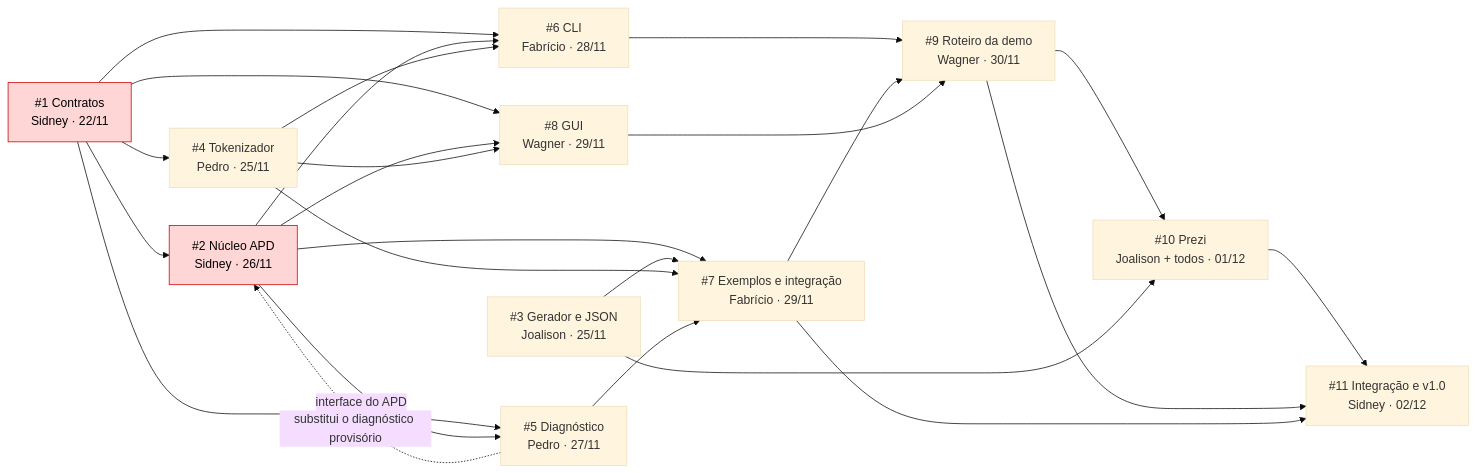
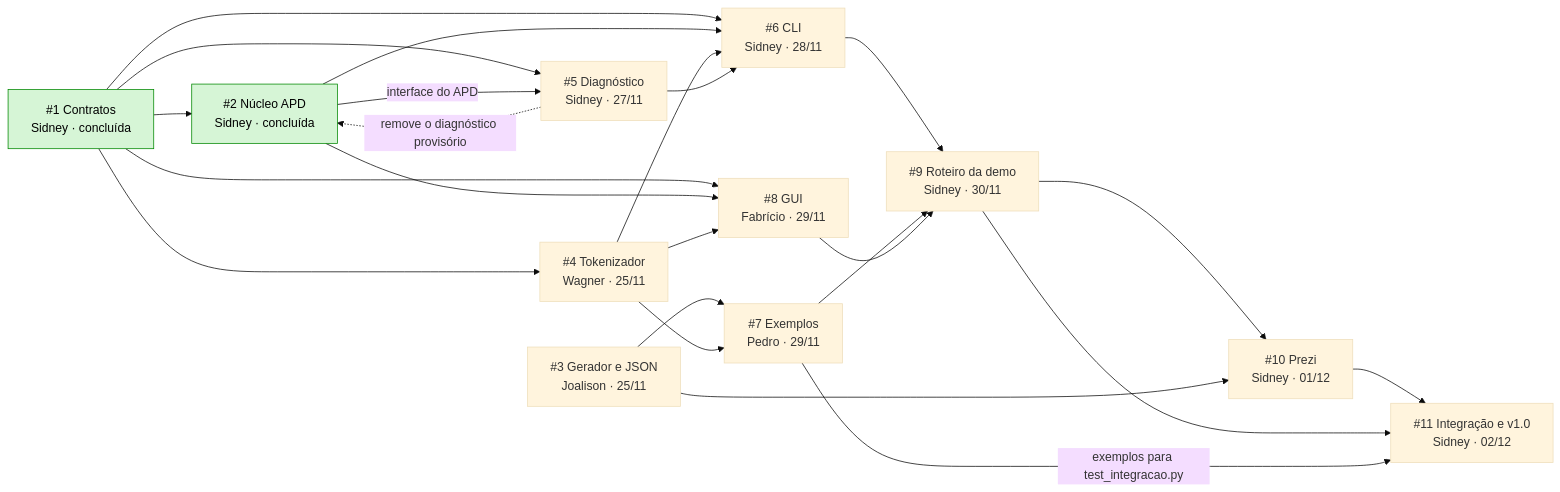
The diagram in docs/TAREFAS.md (SidneyCirinoSF/apd-validador), drawn with Mermaid (base theme) before and after one commit. The commit also changed other lines of this file and 2 other files, not shown here.

````diff
--- a/docs/TAREFAS.md
+++ b/docs/TAREFAS.md
@@ -46,41 +54,40 @@
 ```mermaid
 graph LR
-    I1["#1 Contratos<br/>Sidney · 22/11"]
-    I2["#2 Núcleo APD<br/>Sidney · 26/11"]
+    I1["#1 Contratos<br/>Sidney · concluída"]
+    I2["#2 Núcleo APD<br/>Sidney · concluída"]
     I3["#3 Gerador e JSON<br/>Joalison · 25/11"]
-    I4["#4 Tokenizador<br/>Pedro · 25/11"]
-    I5["#5 Diagnóstico<br/>Pedro · 27/11"]
-    I6["#6 CLI<br/>Fabrício · 28/11"]
-    I7["#7 Exemplos e integração<br/>Fabrício · 29/11"]
-    I8["#8 GUI<br/>Wagner · 29/11"]
-    I9["#9 Roteiro da demo<br/>Wagner · 30/11"]
-    I10["#10 Prezi<br/>Joalison + todos · 01/12"]
+    I4["#4 Tokenizador<br/>Wagner · 25/11"]
+    I5["#5 Diagnóstico<br/>Sidney · 27/11"]
+    I6["#6 CLI<br/>Sidney · 28/11"]
+    I7["#7 Exemplos<br/>Pedro · 29/11"]
+    I8["#8 GUI<br/>Fabrício · 29/11"]
+    I9["#9 Roteiro da demo<br/>Sidney · 30/11"]
+    I10["#10 Prezi<br/>Sidney · 01/12"]
     I11["#11 Integração e v1.0<br/>Sidney · 02/12"]
 
     I1 --> I2
     I1 --> I4
     I1 --> I5
     I1 --> I6
     I1 --> I8
     I2 -->|interface do APD| I5
-    I5 -.->|substitui o diagnóstico provisório| I2
+    I5 -.->|remove o diagnóstico provisório| I2
     I2 --> I6
-    I2 --> I7
     I2 --> I8
+    I4 --> I6
+    I5 --> I6
+    I4 --> I8
     I3 --> I7
-    I4 --> I6
     I4 --> I7
-    I4 --> I8
-    I5 --> I7
     I6 --> I9
     I7 --> I9
     I8 --> I9
     I9 --> I10
     I3 --> I10
     I10 --> I11
     I9 --> I11
-    I7 --> I11
+    I7 -->|exemplos para test_integracao.py| I11
 
-    classDef bloqueante fill:#ffd6d6,stroke:#c00,color:#000
-    class I1,I2 bloqueante
+    classDef concluida fill:#d6f5d6,stroke:#080,color:#000
+    class I1,I2 concluida
 ```
````
